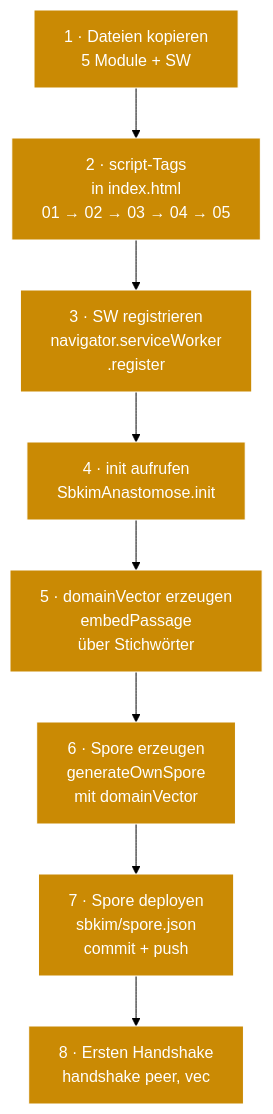
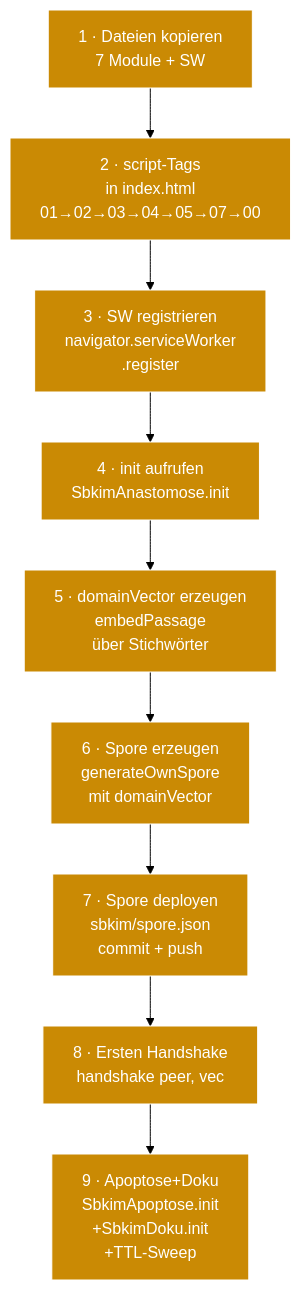
One commit to lausiklauskn-png/Sage-Protokol changed the diagram in docs/components/09_einbau_pwa.md. Above: the diagram before and after it, drawn with Mermaid (forest theme). The commit also changed other lines of this file and 4 other files, not shown here.

````diff
--- a/docs/components/09_einbau_pwa.md
+++ b/docs/components/09_einbau_pwa.md
@@ -45,16 +45,17 @@
 ```mermaid
 flowchart TB
-  A1[1 · Dateien kopieren<br/>5 Module + SW]
-  A2[2 · script-Tags<br/>in index.html<br/>01 → 02 → 03 → 04 → 05]
+  A1[1 · Dateien kopieren<br/>7 Module + SW]
+  A2[2 · script-Tags<br/>in index.html<br/>01→02→03→04→05→07→00]
   A3[3 · SW registrieren<br/>navigator.serviceWorker<br/>.register]
   A4[4 · init aufrufen<br/>SbkimAnastomose.init]
   A5[5 · domainVector erzeugen<br/>embedPassage<br/>über Stichwörter]
   A6[6 · Spore erzeugen<br/>generateOwnSpore<br/>mit domainVector]
   A7[7 · Spore deployen<br/>sbkim/spore.json<br/>commit + push]
   A8[8 · Ersten Handshake<br/>handshake peer, vec]
+  A9[9 · Apoptose+Doku<br/>SbkimApoptose.init<br/>+SbkimDoku.init<br/>+TTL-Sweep]
 
-  A1 --> A2 --> A3 --> A4 --> A5 --> A6 --> A7 --> A8
+  A1 --> A2 --> A3 --> A4 --> A5 --> A6 --> A7 --> A8 --> A9
 
   classDef step fill:#CA8A04,color:#fff,stroke:#fff,stroke-width:1px
-  class A1,A2,A3,A4,A5,A6,A7,A8 step
+  class A1,A2,A3,A4,A5,A6,A7,A8,A9 step
 ```
````
